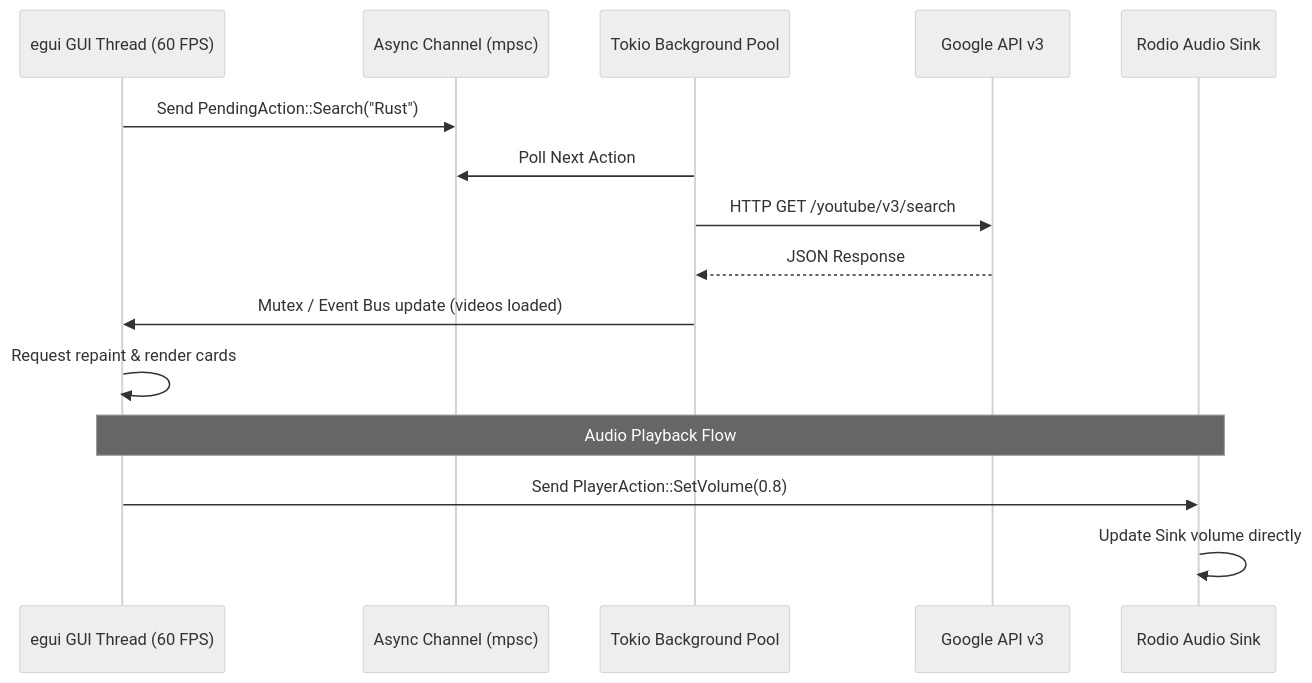
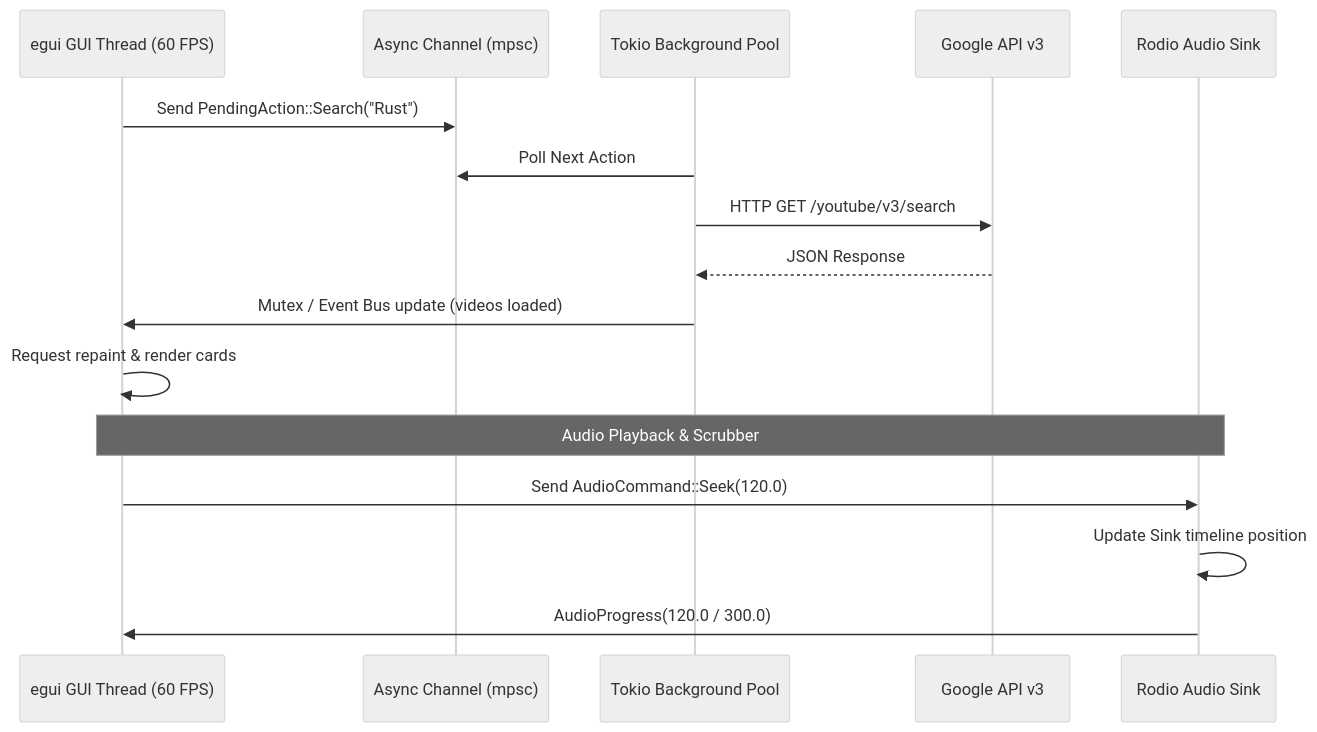
The third of 4 diagrams in docs/architecture.md (clockworkengineer/youtube-client), drawn with Mermaid (neutral theme) before and after one commit. The commit also changed other lines of this file and 20 other files, not shown here.

Commit message:
docs: overhaul documentation suite for v0.2.0, solid architecture, and dedicated crate readmes

````diff
--- a/docs/architecture.md
+++ b/docs/architecture.md
@@ -147,19 +105,20 @@
 ```mermaid
 sequenceDiagram
     participant UI as egui GUI Thread (60 FPS)
     participant CH as Async Channel (mpsc)
     participant TOK as Tokio Background Pool
     participant GAPI as Google API v3
     participant ROD as Rodio Audio Sink
 
     UI->>CH: Send PendingAction::Search("Rust")
     TOK->>CH: Poll Next Action
     TOK->>GAPI: HTTP GET /youtube/v3/search
     GAPI-->>TOK: JSON Response
     TOK->>UI: Mutex / Event Bus update (videos loaded)
     UI->>UI: Request repaint & render cards
 
-    Note over UI,ROD: Audio Playback Flow
-    UI->>ROD: Send PlayerAction::SetVolume(0.8)
-    ROD->>ROD: Update Sink volume directly
+    Note over UI,ROD: Audio Playback & Scrubber
+    UI->>ROD: Send AudioCommand::Seek(120.0)
+    ROD->>ROD: Update Sink timeline position
+    ROD->>UI: AudioProgress(120.0 / 300.0)
 ```
````
